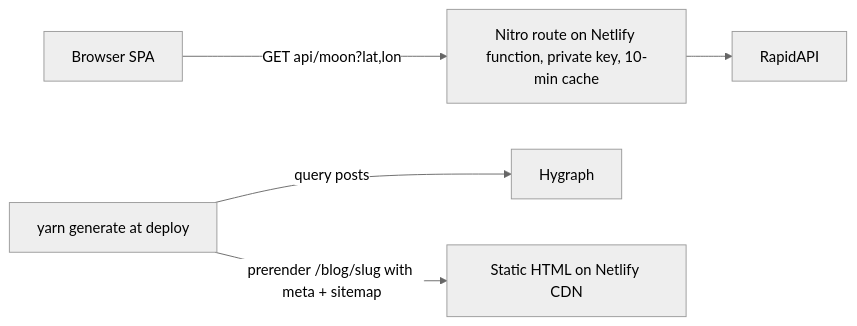
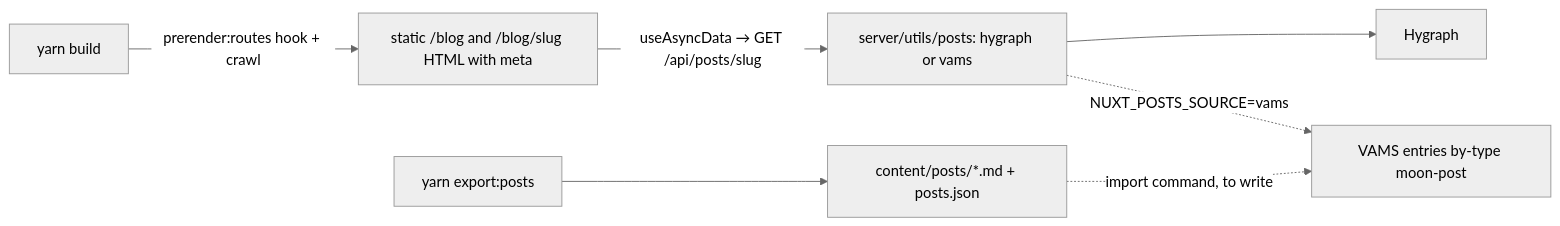
Before and after one commit to Hersh3yy/moon-cal: the second of 2 diagrams in PROJECT.md, drawn with Mermaid (neutral theme). The commit also changed other lines of this file and 157 other files, not shown here.

First line of the commit message:
feat: renew Lunatrack — atomic design, keys behind Nitro routes, prerendered blog, fixed geolocation, local eclipses

````diff
--- a/PROJECT.md
+++ b/PROJECT.md
@@ -76,7 +77,9 @@
 ```mermaid
 flowchart LR
-    Browser["Browser SPA"] -->|"GET api/moon?lat,lon"| Nitro["Nitro route on Netlify function, private key, 10-min cache"]
-    Nitro --> Rapid["RapidAPI"]
-    Build["yarn generate at deploy"] -->|"query posts"| Hygraph["Hygraph"]
-    Build -->|"prerender /blog/slug with meta + sitemap"| Static["Static HTML on Netlify CDN"]
+    Build["yarn build"] -->|"prerender:routes hook + crawl"| Pages["static /blog and /blog/slug HTML with meta"]
+    Pages -->|"useAsyncData → GET /api/posts/slug"| Adapter["server/utils/posts: hygraph or vams"]
+    Adapter --> Hygraph["Hygraph"]
+    Adapter -.->|"NUXT_POSTS_SOURCE=vams"| VAMS["VAMS entries by-type moon-post"]
+    Export["yarn export:posts"] --> Content["content/posts/*.md + posts.json"]
+    Content -.->|"import command, to write"| VAMS
 ```
````
